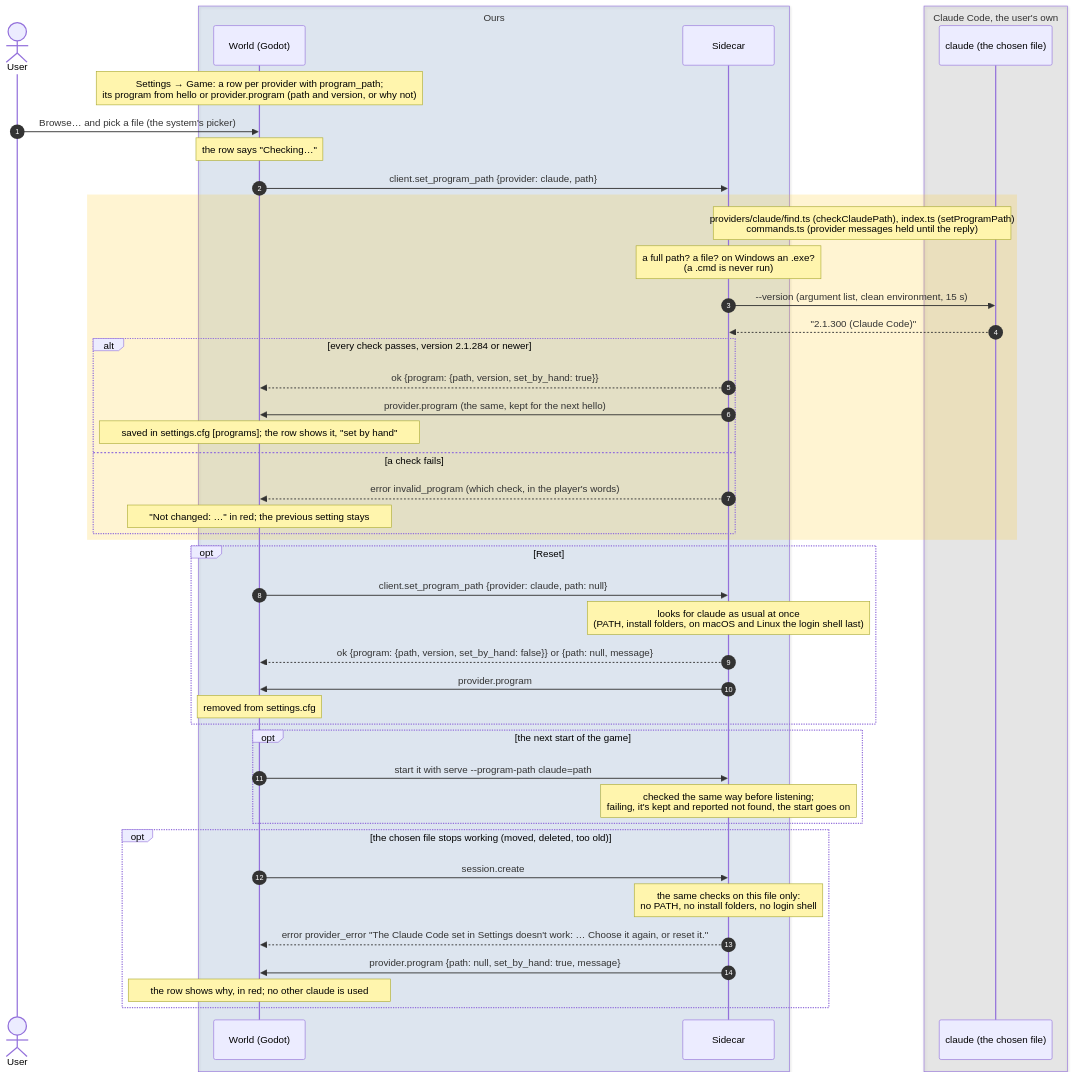
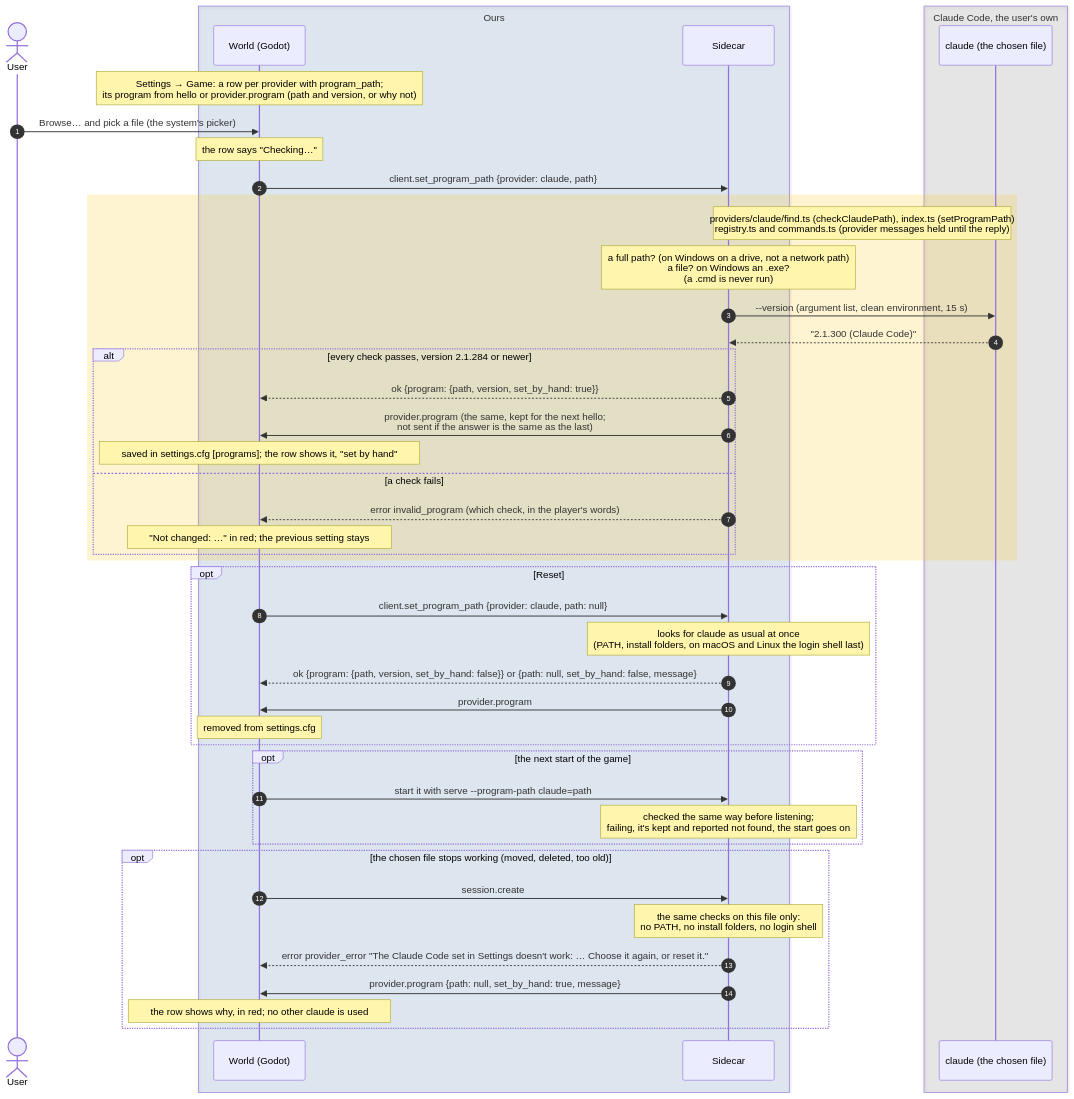
Before and after one commit to PaoloPortugal/The-Beach: the diagram in docs/diagrams/sequence/17-program-set-by-hand.md, drawn with Mermaid. The commit also changed 8 other files, not shown here.

````diff
--- a/docs/diagrams/sequence/17-program-set-by-hand.md
+++ b/docs/diagrams/sequence/17-program-set-by-hand.md
@@ -7,51 +7,51 @@
 ```mermaid
 sequenceDiagram
     autonumber
     actor User
 
     box rgba(47,111,191,0.12) Ours
         participant World as World (Godot)
         participant Sidecar
     end
 
     box rgba(128,128,128,0.14) Claude Code, the user's own
         participant Claude as claude (the chosen file)
     end
 
     Note over World: Settings → Game: a row per provider with program_path#59;<br/>its program from hello or provider.program (path and version, or why not)
     User->>World: Browse… and pick a file (the system's picker)
     Note over World: the row says "Checking…"
     World->>Sidecar: client.set_program_path {provider: claude, path}
     rect rgba(255,193,7,0.18)
-        Note over Sidecar,Claude: providers/claude/find.ts (checkClaudePath), index.ts (setProgramPath)<br/>commands.ts (provider messages held until the reply)
-        Note over Sidecar: a full path? a file? on Windows an .exe?<br/>(a .cmd is never run)
+        Note over Sidecar,Claude: providers/claude/find.ts (checkClaudePath), index.ts (setProgramPath)<br/>registry.ts and commands.ts (provider messages held until the reply)
+        Note over Sidecar: a full path? (on Windows on a drive, not a network path)<br/>a file? on Windows an .exe?<br/>(a .cmd is never run)
         Sidecar->>Claude: --version (argument list, clean environment, 15 s)
         Claude-->>Sidecar: "2.1.300 (Claude Code)"
         alt every check passes, version 2.1.284 or newer
             Sidecar-->>World: ok {program: {path, version, set_by_hand: true}}
-            Sidecar->>World: provider.program (the same, kept for the next hello)
+            Sidecar->>World: provider.program (the same, kept for the next hello#59;<br/>not sent if the answer is the same as the last)
             Note over World: saved in settings.cfg [programs]#59; the row shows it, "set by hand"
         else a check fails
             Sidecar-->>World: error invalid_program (which check, in the player's words)
             Note over World: "Not changed: …" in red#59; the previous setting stays
         end
     end
     opt Reset
         World->>Sidecar: client.set_program_path {provider: claude, path: null}
         Note over Sidecar: looks for claude as usual at once<br/>(PATH, install folders, on macOS and Linux the login shell last)
-        Sidecar-->>World: ok {program: {path, version, set_by_hand: false}} or {path: null, message}
+        Sidecar-->>World: ok {program: {path, version, set_by_hand: false}} or {path: null, set_by_hand: false, message}
         Sidecar->>World: provider.program
         Note over World: removed from settings.cfg
     end
     opt the next start of the game
         World->>Sidecar: start it with serve --program-path claude=path
         Note over Sidecar: checked the same way before listening#59;<br/>failing, it's kept and reported not found, the start goes on
     end
     opt the chosen file stops working (moved, deleted, too old)
         World->>Sidecar: session.create
         Note over Sidecar: the same checks on this file only:<br/>no PATH, no install folders, no login shell
         Sidecar-->>World: error provider_error "The Claude Code set in Settings doesn't work: … Choose it again, or reset it."
         Sidecar->>World: provider.program {path: null, set_by_hand: true, message}
         Note over World: the row shows why, in red#59; no other claude is used
     end
 ```
````
